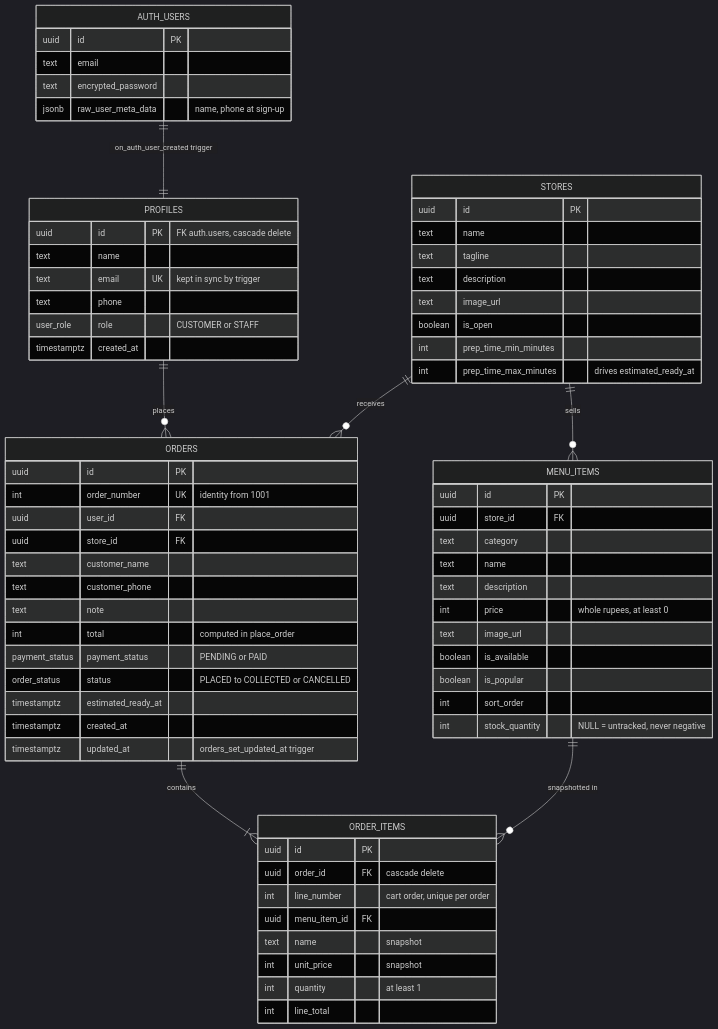
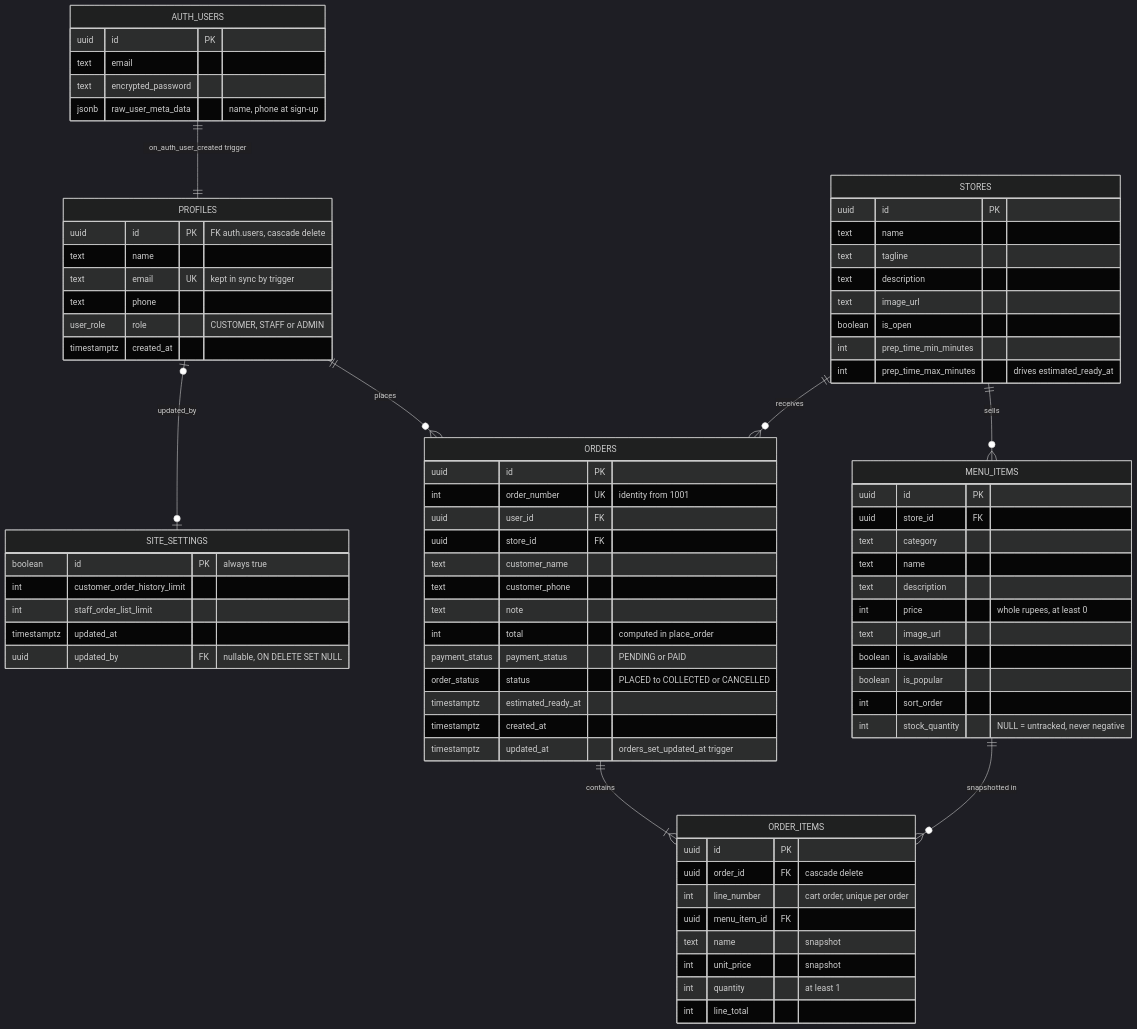
One commit to The-KhaNha/KhaNha changed diagram 27 of 27 in docs/ARCHITECTURE.md. Above: the diagram before and after it, drawn with Mermaid (dark theme). The commit also changed 24 other files, not shown here.

````diff
--- a/docs/ARCHITECTURE.md
+++ b/docs/ARCHITECTURE.md
@@ -918,72 +918,80 @@
 ```mermaid
 erDiagram
   AUTH_USERS ||--|| PROFILES : "on_auth_user_created trigger"
+  PROFILES o|--o| SITE_SETTINGS : updated_by
   PROFILES ||--o{ ORDERS : places
   STORES ||--o{ MENU_ITEMS : sells
   STORES ||--o{ ORDERS : receives
   ORDERS ||--|{ ORDER_ITEMS : contains
   MENU_ITEMS ||--o{ ORDER_ITEMS : "snapshotted in"
 
   AUTH_USERS {
     uuid id PK
     text email
     text encrypted_password
     jsonb raw_user_meta_data "name, phone at sign-up"
   }
   PROFILES {
     uuid id PK "FK auth.users, cascade delete"
     text name
     text email UK "kept in sync by trigger"
     text phone
-    user_role role "CUSTOMER or STAFF"
+    user_role role "CUSTOMER, STAFF or ADMIN"
     timestamptz created_at
+  }
+  SITE_SETTINGS {
+    boolean id PK "always true"
+    int customer_order_history_limit
+    int staff_order_list_limit
+    timestamptz updated_at
+    uuid updated_by FK "nullable, ON DELETE SET NULL"
   }
   STORES {
     uuid id PK
     text name
     text tagline
     text description
     text image_url
     boolean is_open
     int prep_time_min_minutes
     int prep_time_max_minutes "drives estimated_ready_at"
   }
   MENU_ITEMS {
     uuid id PK
     uuid store_id FK
     text category
     text name
     text description
     int price "whole rupees, at least 0"
     text image_url
     boolean is_available
     boolean is_popular
     int sort_order
     int stock_quantity "NULL = untracked, never negative"
   }
   ORDERS {
     uuid id PK
     int order_number UK "identity from 1001"
     uuid user_id FK
     uuid store_id FK
     text customer_name
     text customer_phone
     text note
     int total "computed in place_order"
     payment_status payment_status "PENDING or PAID"
     order_status status "PLACED to COLLECTED or CANCELLED"
     timestamptz estimated_ready_at
     timestamptz created_at
     timestamptz updated_at "orders_set_updated_at trigger"
   }
   ORDER_ITEMS {
     uuid id PK
     uuid order_id FK "cascade delete"
     int line_number "cart order, unique per order"
     uuid menu_item_id FK
     text name "snapshot"
     int unit_price "snapshot"
     int quantity "at least 1"
     int line_total
   }
 ```
````
